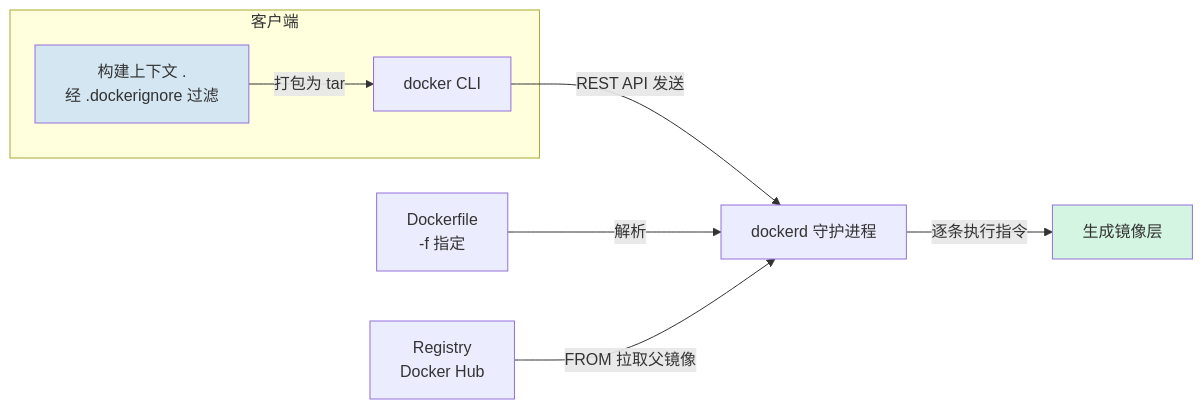
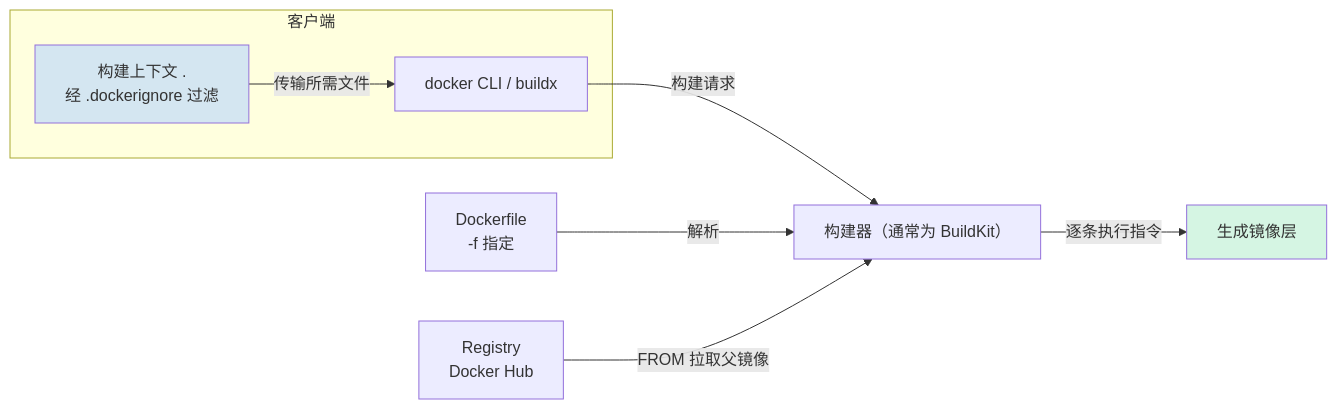
Before and after one commit to SongF0140/blog_knowledge: the first of 3 diagrams in Docker/04-镜像制作实践.md, drawn with Mermaid. The commit also changed other lines of this file and 12 other files, not shown here.

````diff
--- a/Docker/04-镜像制作实践.md
+++ b/Docker/04-镜像制作实践.md
@@ -252,12 +251,12 @@
 ```mermaid
 graph LR
     subgraph 客户端
-        A["构建上下文 .<br/>经 .dockerignore 过滤"] -->|打包为 tar| B["docker CLI"]
+        A["构建上下文 .<br/>经 .dockerignore 过滤"] -->|传输所需文件| B["docker CLI / buildx"]
     end
-    B -->|"REST API 发送"| C["dockerd 守护进程"]
+    B -->|"构建请求"| C["构建器（通常为 BuildKit）"]
     B2["Dockerfile<br/>-f 指定"] -->|解析| C
     C -->|逐条执行指令| D["生成镜像层"]
     E["Registry<br/>Docker Hub"] -->|"FROM 拉取父镜像"| C
     style A fill:#d4e6f1
     style D fill:#d5f5e3
 ```
````
